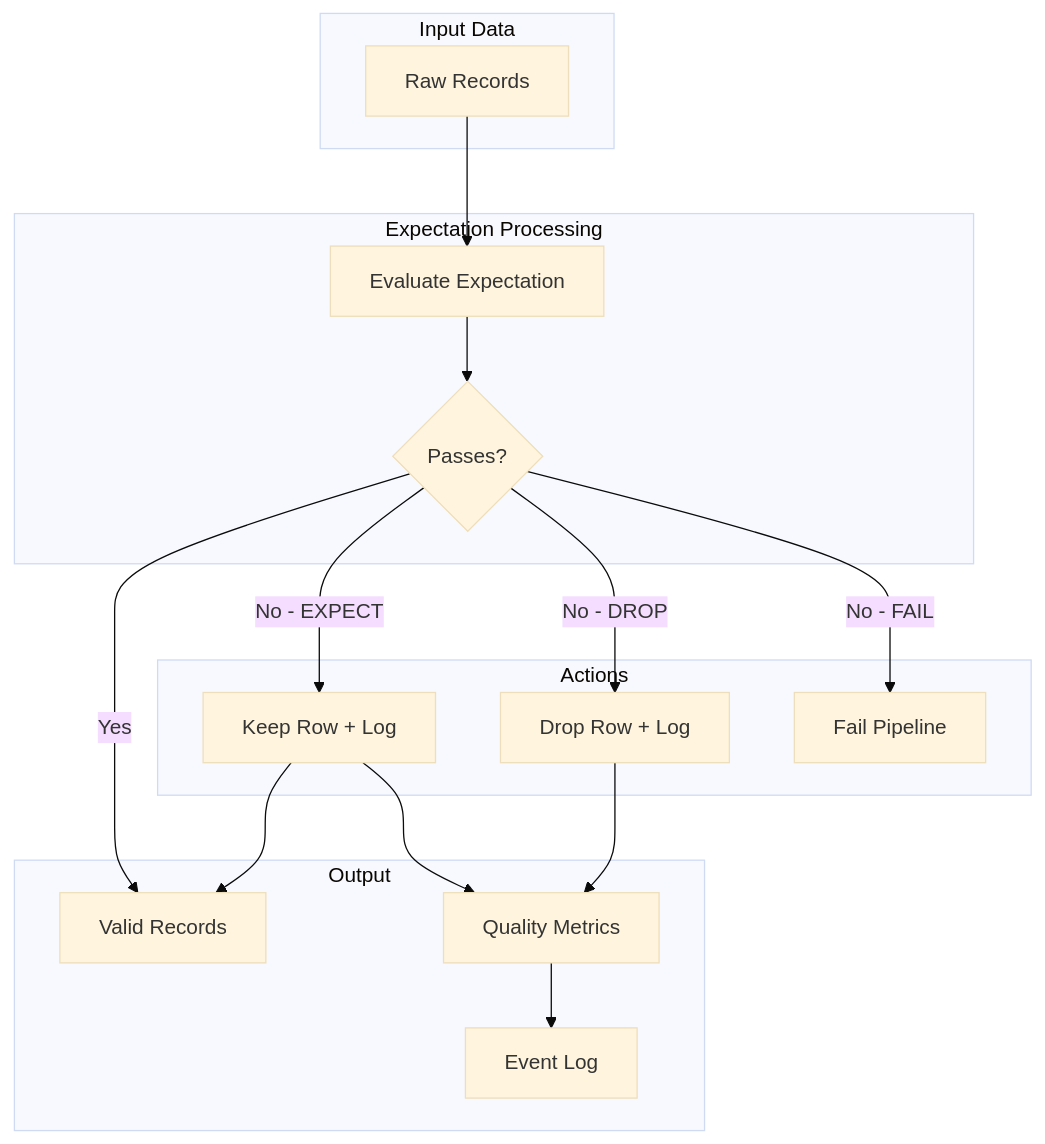
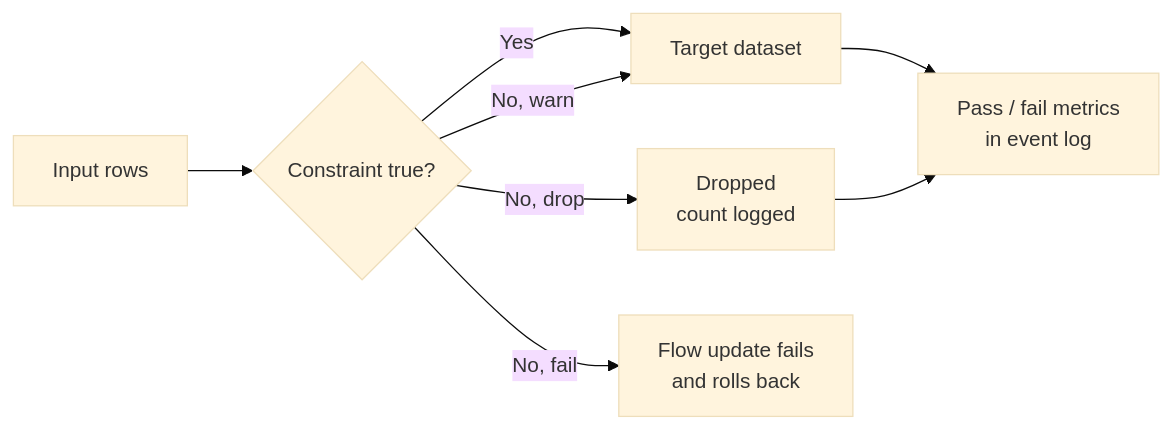
One commit to kengio/databricks-certification-study-guide changed the first of 2 diagrams in certifications/data-engineer-professional/03-data-manipulation/06-expectations-data-quality.md. Above: the diagram before and after it, drawn with Mermaid (base theme). The commit also changed other lines of this file and 108 other files, not shown here.

````diff
--- a/certifications/data-engineer-professional/03-data-manipulation/06-expectations-data-quality.md
+++ b/certifications/data-engineer-professional/03-data-manipulation/06-expectations-data-quality.md
@@ -16,34 +39,10 @@
 ```mermaid
-flowchart TB
-    subgraph Input["Input Data"]
-        Raw[Raw Records]
-    end
-
-    subgraph Validation["Expectation Processing"]
-        Check[Evaluate Expectation]
-        Pass{Passes?}
-    end
-
-    subgraph Actions["Actions"]
-        Keep[Keep Row + Log]
-        Drop[Drop Row + Log]
-        Fail[Fail Pipeline]
-    end
-
-    subgraph Output["Output"]
-        Valid[Valid Records]
-        Metrics[Quality Metrics]
-        EventLog[Event Log]
-    end
-
-    Raw --> Check
-    Check --> Pass
-    Pass -->|Yes| Valid
-    Pass -->|No - EXPECT| Keep
-    Pass -->|No - DROP| Drop
-    Pass -->|No - FAIL| Fail
-    Keep --> Valid
-    Keep --> Metrics
-    Drop --> Metrics
-    Metrics --> EventLog
+flowchart LR
+    In[Input rows] --> E{Constraint true?}
+    E -->|Yes| Out[Target dataset]
+    E -->|No, warn| Out
+    E -->|No, drop| X[Dropped<br>count logged]
+    E -->|No, fail| F[Flow update fails<br>and rolls back]
+    Out --> M[Pass / fail metrics<br>in event log]
+    X --> M
 ```
````
